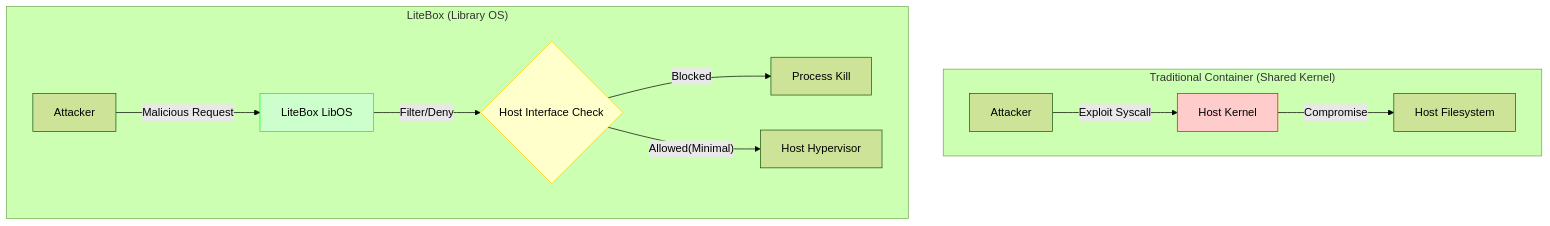
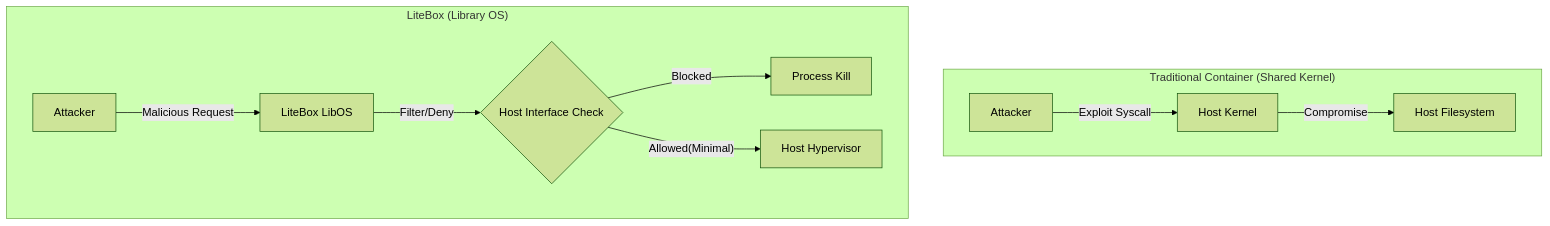
One commit to rebugui/rebugui.github.io changed the diagram in content/post/보안/-LiteBox-Rust-기반-라이브러리-OS로-공격-표면-최소화/index.md. Above: the diagram before and after it, drawn with Mermaid (forest theme). The commit also changed 14 other files, not shown here.

First line of the commit message:
fix: 최근 3일간 블로그 Mermaid 다이어그램 스타일 제거

````diff
--- a/content/post/보안/-LiteBox-Rust-기반-라이브러리-OS로-공격-표면-최소화/index.md
+++ b/content/post/보안/-LiteBox-Rust-기반-라이브러리-OS로-공격-표면-최소화/index.md
@@ -37,17 +37,14 @@
 ```mermaid
 graph TD
     subgraph "Traditional Container (Shared Kernel)"
         A[Attacker] -->|Exploit Syscall| B[Host Kernel]
         B -->|Compromise| C[Host Filesystem]
-        style B fill:#ffcccc,stroke:#ff0000
     end
 
     subgraph "LiteBox (Library OS)"
         D[Attacker] -->|Malicious Request| E[LiteBox LibOS]
         E -->|Filter/Deny| F{Host Interface Check}
         F -- Blocked --> G[Process Kill]
         F -- Allowed(Minimal) --> H[Host Hypervisor]
-        style E fill:#ccffcc,stroke:#00ff00
-        style F fill:#ffffcc,stroke:#ffcc00
     end
 ```
````
